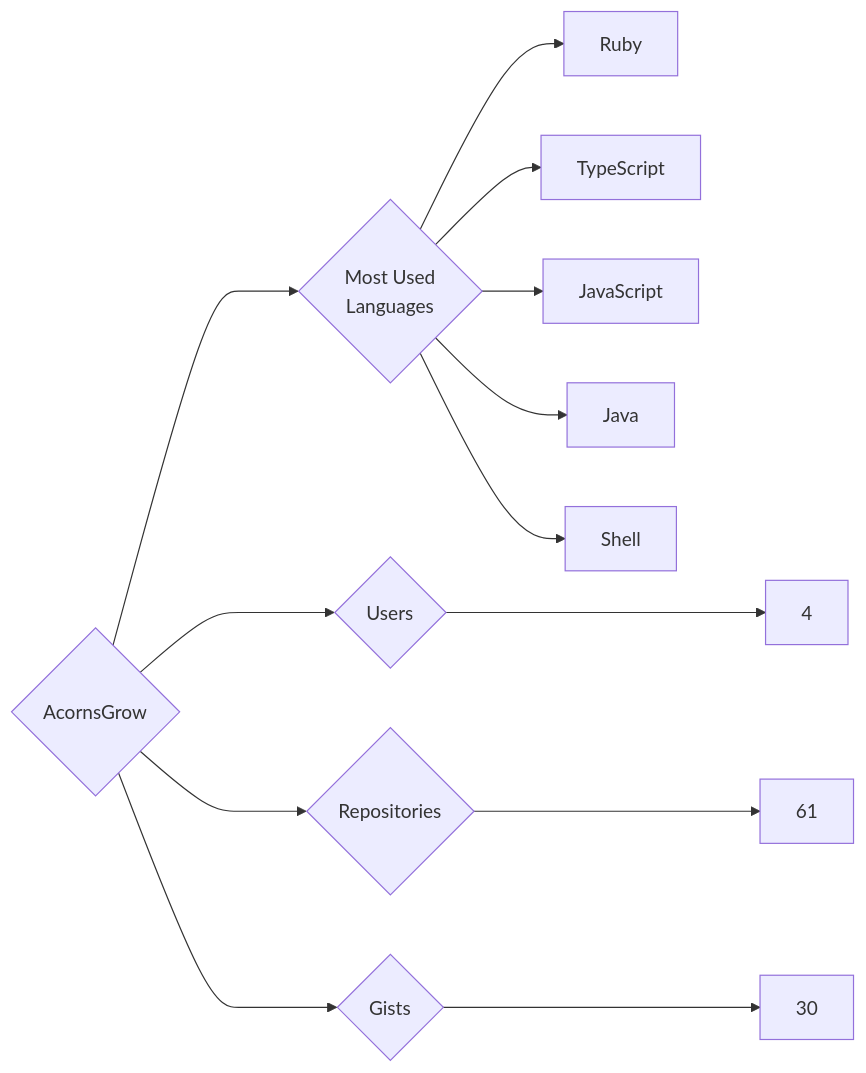
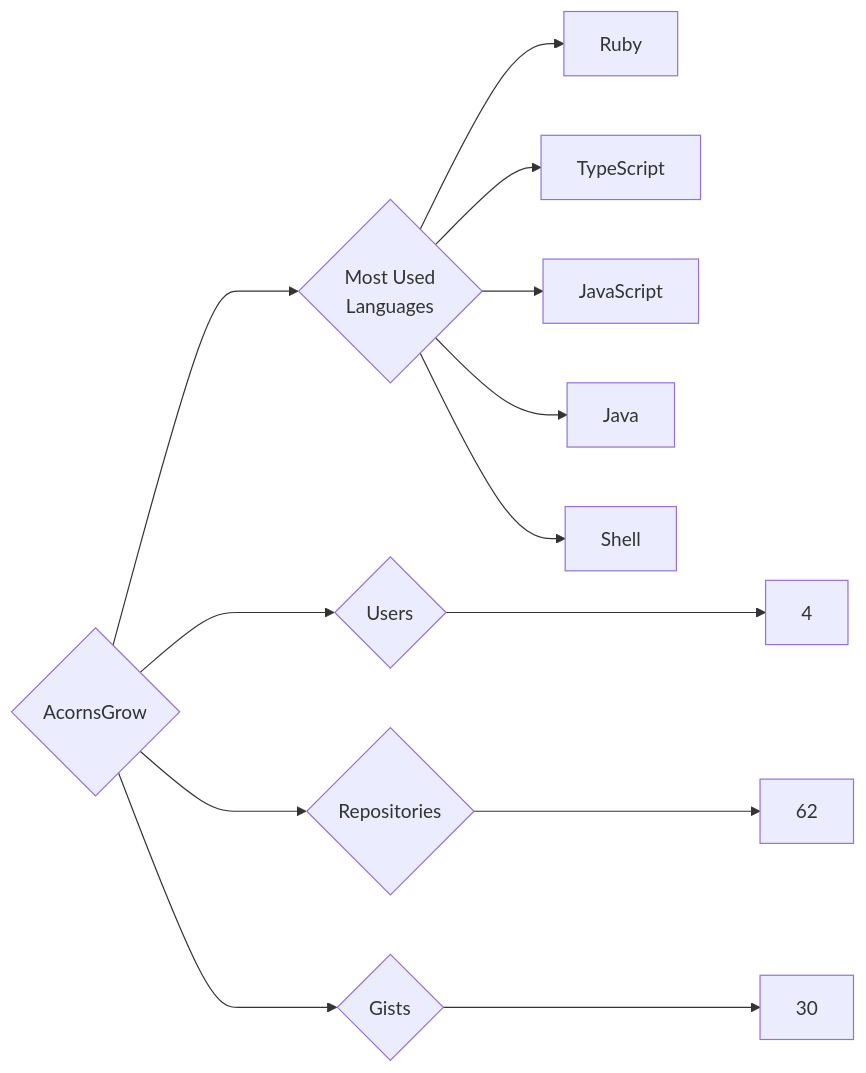
The diagram in targets/AcornsGrow/README.md (trickest/insiders), drawn with Mermaid before and after one commit. The commit also changed 715 other files, not shown here.

````diff
--- a/targets/AcornsGrow/README.md
+++ b/targets/AcornsGrow/README.md
@@ -3,13 +3,13 @@
 ```mermaid
 graph LR
 COMPANY_NAME{AcornsGrow}
 COMPANY_NAME ---> U{Users} ---> UN[4]
-COMPANY_NAME ---> R{Repositories} ---> RN[61]
+COMPANY_NAME ---> R{Repositories} ---> RN[62]
 COMPANY_NAME ---> G{Gists} ---> GN[30]
 COMPANY_NAME ---> ML{Most Used<br>Languages}
 ML --> Ruby[Ruby]
 ML --> TypeScript[TypeScript]
 ML --> JavaScript[JavaScript]
 ML --> Java[Java]
 ML --> Shell[Shell]
 ```
````
